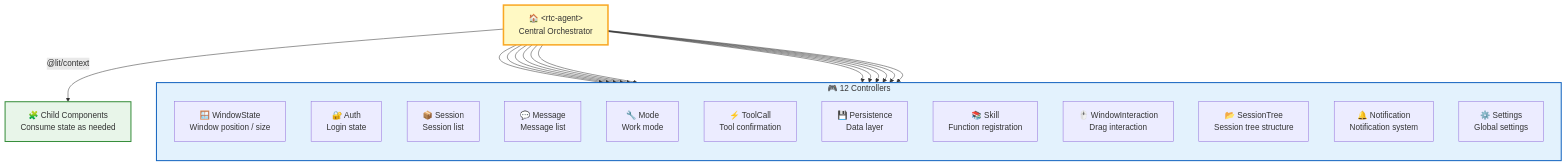
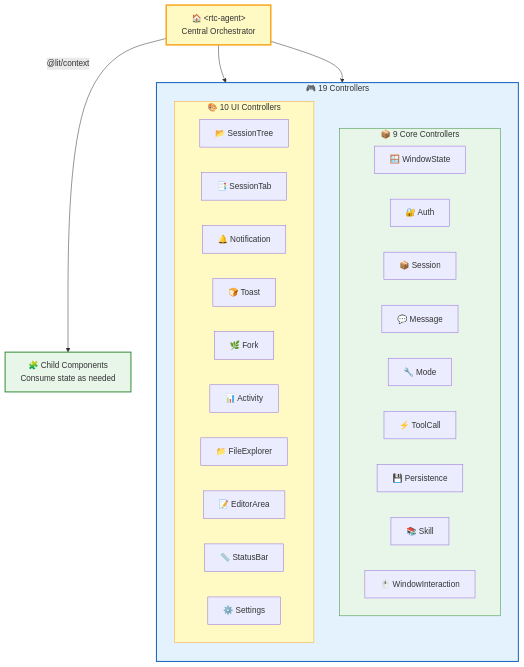
Before and after one commit to rtc-agent/docs: the third of 9 diagrams in src/content/docs/en/architecture/frontend.md, drawn with Mermaid. The commit also changed other lines of this file and 17 other files, not shown here.

````diff
--- a/src/content/docs/en/architecture/frontend.md
+++ b/src/content/docs/en/architecture/frontend.md
@@ -111,37 +115,40 @@
 ```mermaid
 flowchart TD
-    subgraph CONTROLLERS["🎮 12 Controllers"]
+    subgraph CONTROLLERS["🎮 19 Controllers"]
         direction TB
-        C1["🪟 WindowState<br/>Window position / size"]
-        C2["🔐 Auth<br/>Login state"]
-        C3["📦 Session<br/>Session list"]
-        C4["💬 Message<br/>Message list"]
-        C5["🔧 Mode<br/>Work mode"]
-        C6["⚡ ToolCall<br/>Tool confirmation"]
-        C7["💾 Persistence<br/>Data layer"]
-        C8["📚 Skill<br/>Function registration"]
-        C9["🖱️ WindowInteraction<br/>Drag interaction"]
-        C10["📂 SessionTree<br/>Session tree structure"]
-        C11["🔔 Notification<br/>Notification system"]
-        C12["⚙️ Settings<br/>Global settings"]
+        subgraph CORE["📦 9 Core Controllers"]
+            C1["🪟 WindowState"]
+            C2["🔐 Auth"]
+            C3["📦 Session"]
+            C4["💬 Message"]
+            C5["🔧 Mode"]
+            C6["⚡ ToolCall"]
+            C7["💾 Persistence"]
+            C8["📚 Skill"]
+            C9["🖱️ WindowInteraction"]
+        end
+        subgraph UI["🎨 10 UI Controllers"]
+            C10["📂 SessionTree"]
+            C11["📑 SessionTab"]
+            C12["🔔 Notification"]
+            C13["🍞 Toast"]
+            C14["🌿 Fork"]
+            C15["📊 Activity"]
+            C16["📁 FileExplorer"]
+            C17["📝 EditorArea"]
+            C18["📏 StatusBar"]
+            C19["⚙️ Settings"]
+        end
     end
 
-    ROOT["🏠 &lt;rtc-agent&gt;<br/>Central Orchestrator"] --> C1
-    ROOT --> C2
-    ROOT --> C3
-    ROOT --> C4
-    ROOT --> C5
-    ROOT --> C6
-    ROOT --> C7
-    ROOT --> C8
-    ROOT --> C9
-    ROOT --> C10
-    ROOT --> C11
-    ROOT --> C12
+    ROOT["🏠 &lt;rtc-agent&gt;<br/>Central Orchestrator"] --> CORE
+    ROOT --> UI
 
     ROOT -->|"@lit/context"| CHILDREN["🧩 Child Components<br/>Consume state as needed"]
 
     style ROOT fill:#fff9c4,stroke:#f9a825,stroke-width:3px
     style CONTROLLERS fill:#e3f2fd,stroke:#1565c0,stroke-width:2px
+    style CORE fill:#e8f5e9,stroke:#388e3c,stroke-width:1px
+    style UI fill:#fff9c4,stroke:#f9a825,stroke-width:1px
     style CHILDREN fill:#e8f5e9,stroke:#388e3c,stroke-width:2px
 ```
````
